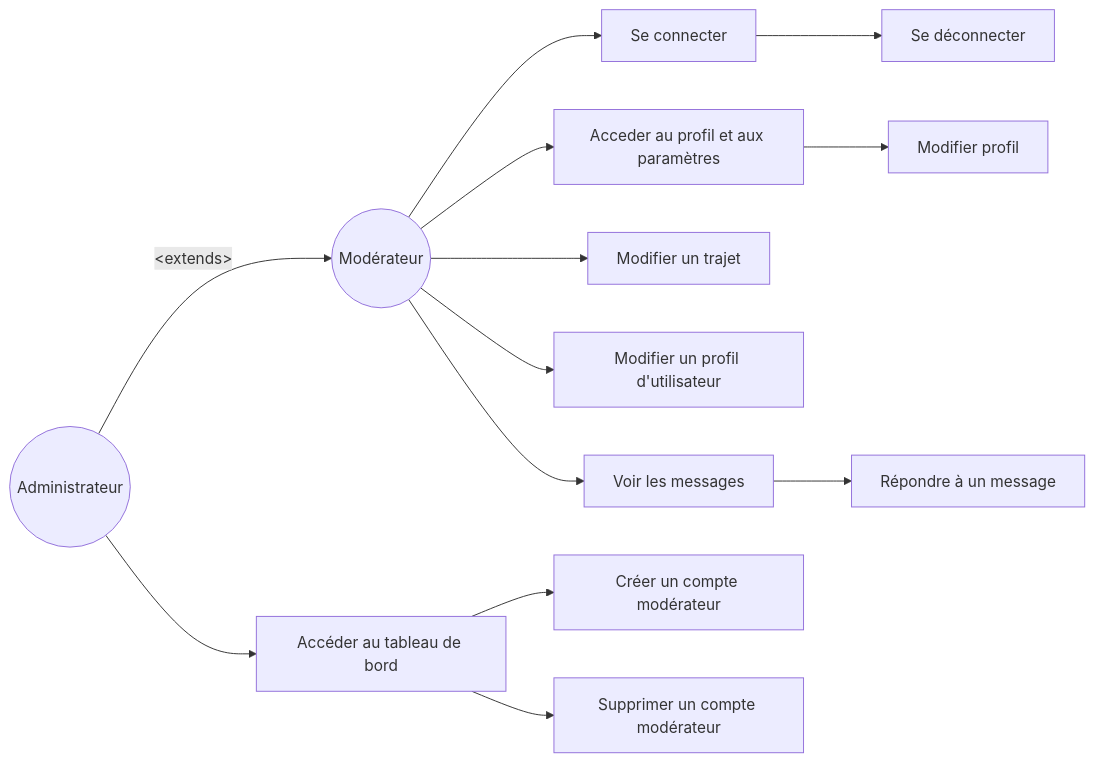
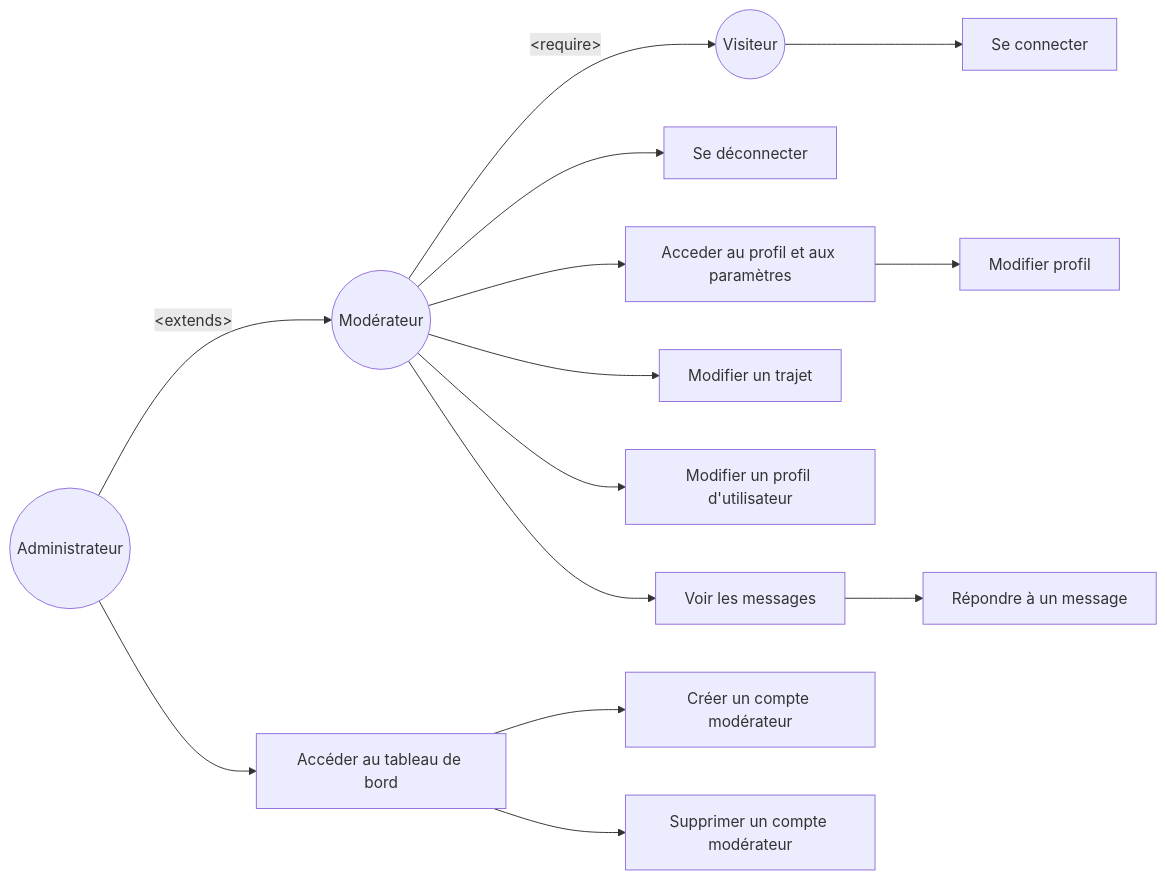
One commit to Anarchick/EcoRide changed the diagram in diagrams/flowchart/usecase2.mmd. Above: the diagram before and after it, drawn with Mermaid. The commit also changed 1 other file, not shown here.

Commit message:
Update diagrams

```diff
--- a/diagrams/flowchart/usecase2.mmd
+++ b/diagrams/flowchart/usecase2.mmd
@@ -1,18 +1,21 @@
 flowchart LR
+visitor((Visiteur))
 modo((Modérateur))
 admin((Administrateur))
 
-modo --> /login[Se connecter]
-/login --> /logout[Se déconnecter]
+visitor --> /login[Se connecter]
+modo -->|&lt;require&gt;| visitor
+
+modo --> /logout[Se déconnecter]
 modo --> /profil[Acceder au profil et aux paramètres]
 /profil --> /profil/edit[Modifier profil]
 modo --> /travels/edit[Modifier un trajet]
 modo --> /profils/edit[Modifier un profil d'utilisateur]
 modo --> /contact/view[Voir les messages]
 /contact/view --> /contact/reply[Répondre à un message]
 
 admin --> /admin/dashboard[Accéder au tableau de bord]
 /admin/dashboard --> /admin/modo/create[Créer un compte modérateur]
 /admin/dashboard --> /admin/modo/delete[Supprimer un compte modérateur]
 
 admin -->|&lt;extends&gt;| modo
```
